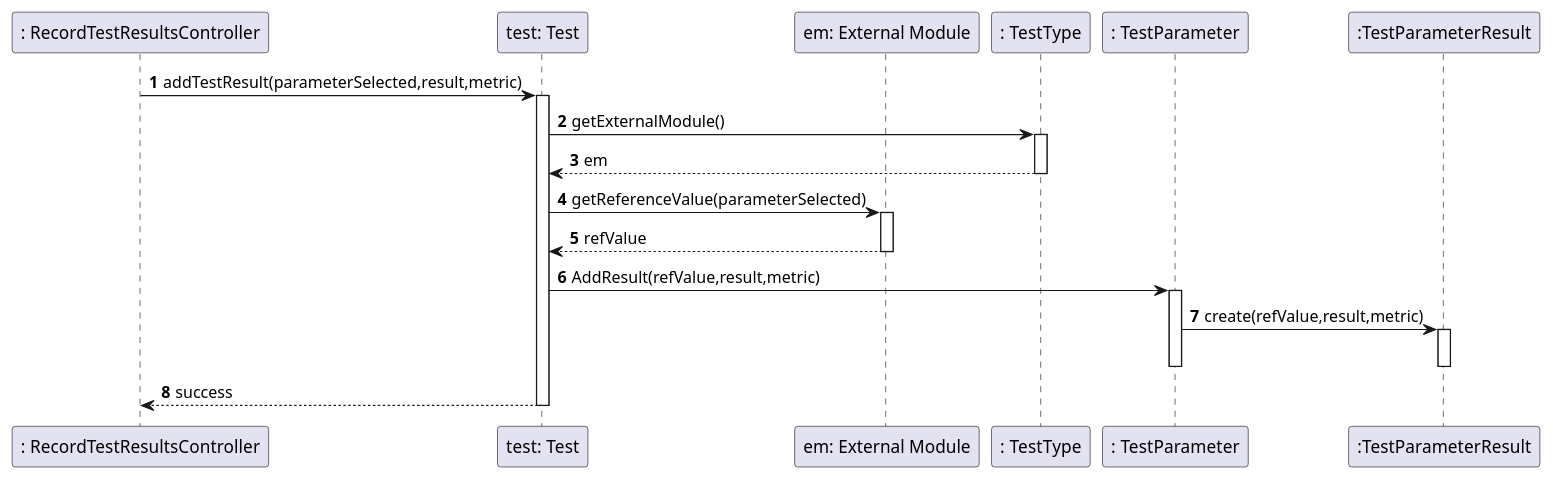
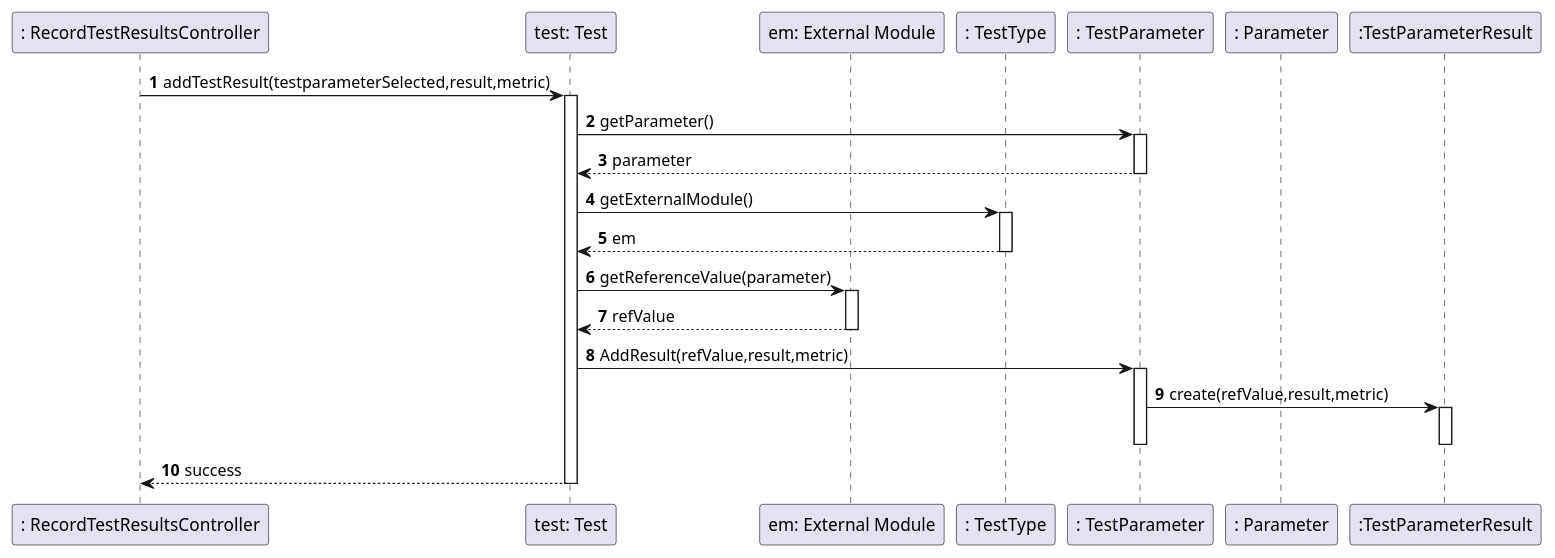
Before and after one commit to manu-07-ela/LAPR2_ISEP: the diagram in docs/SprintC/US12/SD_AddResult.puml, drawn with PlantUML. The commit also changed 1 other file, not shown here.

```diff
--- a/docs/SprintC/US12/SD_AddResult.puml
+++ b/docs/SprintC/US12/SD_AddResult.puml
@@ -1,38 +1,44 @@
 @startuml
 'https://plantuml.com/sequence-diagram
 
 autonumber
 
 participant ": RecordTestResultsController" as CTRL
 participant "test: Test" as Test
 participant "em: External Module" as EM
 participant ": TestType" as TT
 participant ": TestParameter" as TestParam
+participant ": Parameter" as Param
 participant ":TestParameterResult" as TestPResult
 
 
-CTRL -> Test : addTestResult(parameterSelected,result,metric)
+
+CTRL -> Test : addTestResult(testparameterSelected,result,metric)
 activate Test
+Test -> TestParam : getParameter()
+activate TestParam
+TestParam --> Test : parameter
+deactivate TestParam
 Test -> TT : getExternalModule()
 activate TT
 TT--> Test : em
 deactivate TT
-Test -> EM : getReferenceValue(parameterSelected)
+Test -> EM : getReferenceValue(parameter)
 activate EM
 EM --> Test : refValue
 deactivate EM
 Test -> TestParam :AddResult(refValue,result,metric)
 activate TestParam
 TestParam -> TestPResult : create(refValue,result,metric)
 activate TestPResult
 deactivate TestPResult
 deactivate TestParam
 
 Test --> CTRL : success
 deactivate Test
 
 
 
 
 
 @enduml
```
